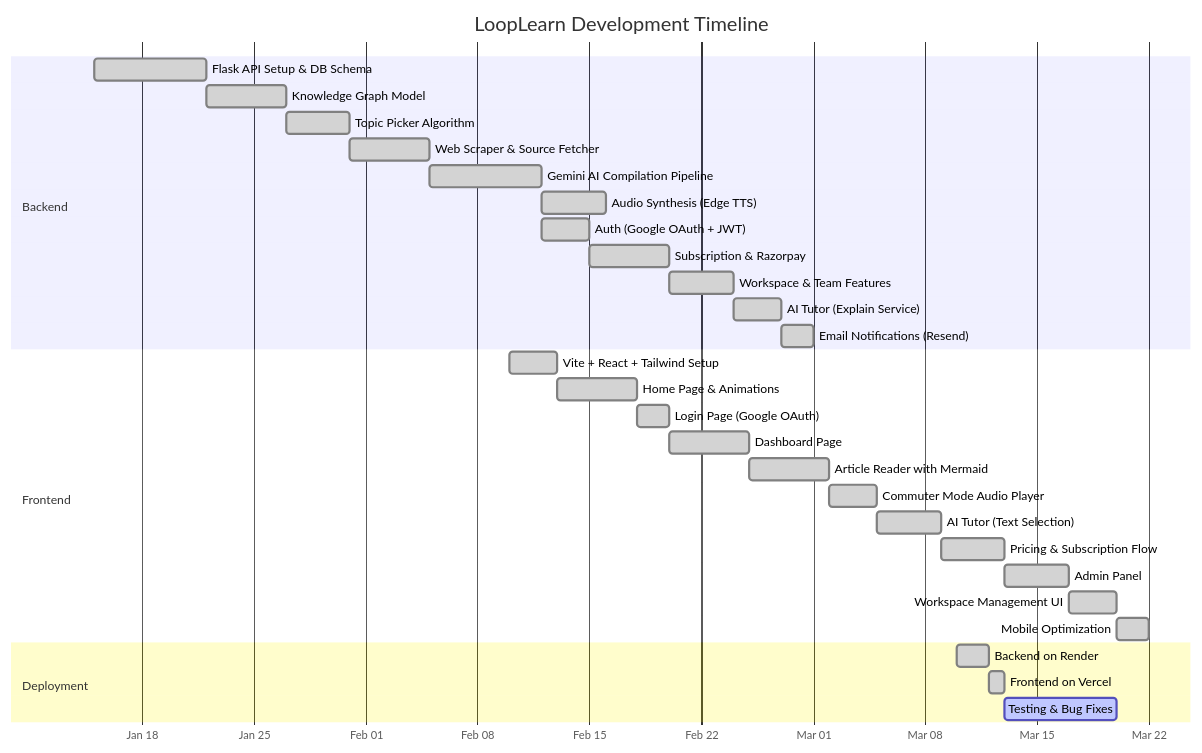
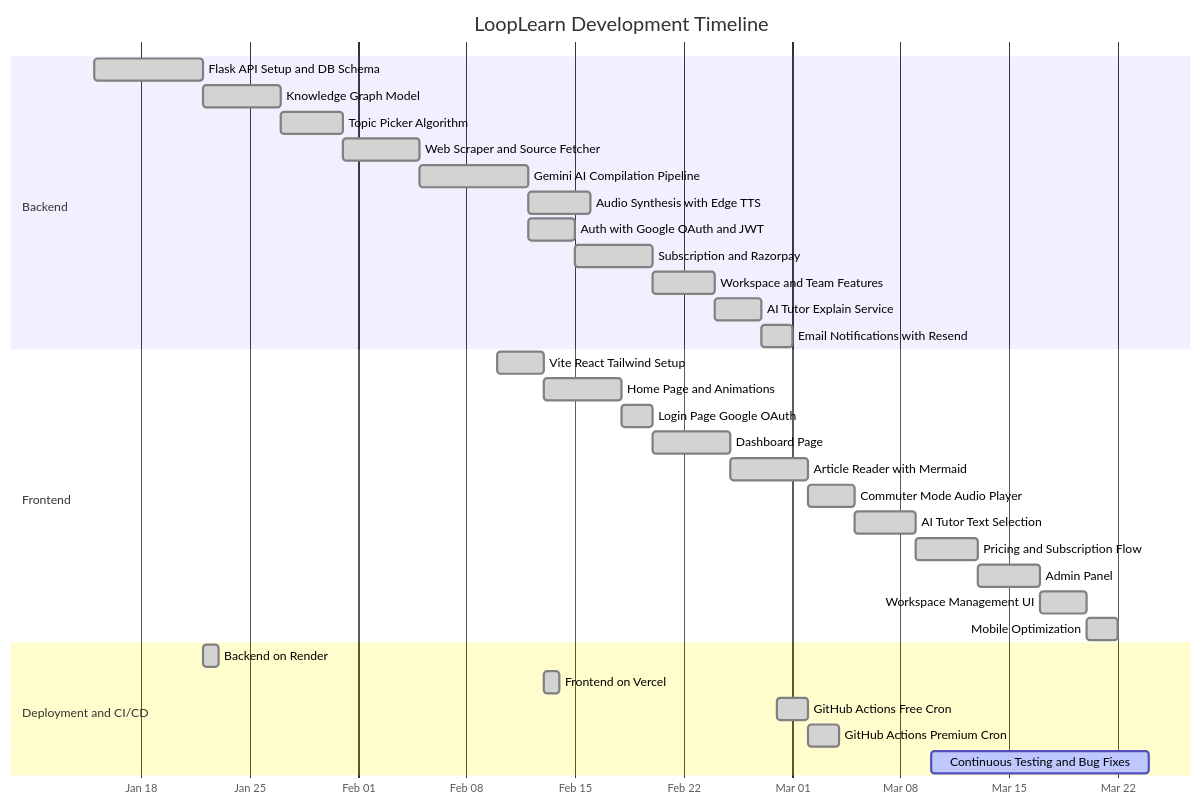
Before and after one commit to pradnyeshbhalekar/looplearn-fe: the first of 11 diagrams in frontend_blackbook.md, drawn with Mermaid. The commit also changed other lines of this file, not shown here.

````diff
--- a/frontend_blackbook.md
+++ b/frontend_blackbook.md
@@ -79,37 +85,39 @@
 ```mermaid
 gantt
     title LoopLearn Development Timeline
     dateFormat  YYYY-MM-DD
     axisFormat  %b %d
 
     section Backend
-    Flask API Setup & DB Schema        :done, b1, 2026-01-15, 7d
-    Knowledge Graph Model              :done, b2, after b1, 5d
-    Topic Picker Algorithm             :done, b3, after b2, 4d
-    Web Scraper & Source Fetcher        :done, b4, after b3, 5d
-    Gemini AI Compilation Pipeline      :done, b5, after b4, 7d
-    Audio Synthesis (Edge TTS)          :done, b6, after b5, 4d
-    Auth (Google OAuth + JWT)           :done, b7, after b5, 3d
-    Subscription & Razorpay            :done, b8, after b7, 5d
-    Workspace & Team Features          :done, b9, after b8, 4d
-    AI Tutor (Explain Service)         :done, b10, after b9, 3d
-    Email Notifications (Resend)       :done, b11, after b10, 2d
+    Flask API Setup and DB Schema        :done, b1, 2026-01-15, 7d
+    Knowledge Graph Model                :done, b2, after b1, 5d
+    Topic Picker Algorithm               :done, b3, after b2, 4d
+    Web Scraper and Source Fetcher        :done, b4, after b3, 5d
+    Gemini AI Compilation Pipeline        :done, b5, after b4, 7d
+    Audio Synthesis with Edge TTS         :done, b6, after b5, 4d
+    Auth with Google OAuth and JWT        :done, b7, after b5, 3d
+    Subscription and Razorpay            :done, b8, after b7, 5d
+    Workspace and Team Features          :done, b9, after b8, 4d
+    AI Tutor Explain Service             :done, b10, after b9, 3d
+    Email Notifications with Resend      :done, b11, after b10, 2d
 
     section Frontend
-    Vite + React + Tailwind Setup      :done, f1, 2026-02-10, 3d
-    Home Page & Animations             :done, f2, after f1, 5d
-    Login Page (Google OAuth)          :done, f3, after f2, 2d
-    Dashboard Page                     :done, f4, after f3, 5d
-    Article Reader with Mermaid        :done, f5, after f4, 5d
-    Commuter Mode Audio Player         :done, f6, after f5, 3d
-    AI Tutor (Text Selection)          :done, f7, after f6, 4d
-    Pricing & Subscription Flow        :done, f8, after f7, 4d
-    Admin Panel                        :done, f9, after f8, 4d
-    Workspace Management UI            :done, f10, after f9, 3d
-    Mobile Optimization                :done, f11, after f10, 2d
+    Vite React Tailwind Setup            :done, f1, 2026-02-10, 3d
+    Home Page and Animations             :done, f2, after f1, 5d
+    Login Page Google OAuth              :done, f3, after f2, 2d
+    Dashboard Page                       :done, f4, after f3, 5d
+    Article Reader with Mermaid          :done, f5, after f4, 5d
+    Commuter Mode Audio Player           :done, f6, after f5, 3d
+    AI Tutor Text Selection              :done, f7, after f6, 4d
+    Pricing and Subscription Flow        :done, f8, after f7, 4d
+    Admin Panel                          :done, f9, after f8, 4d
+    Workspace Management UI              :done, f10, after f9, 3d
+    Mobile Optimization                  :done, f11, after f10, 2d
 
-    section Deployment
-    Backend on Render                  :done, d1, 2026-03-10, 2d
-    Frontend on Vercel                 :done, d2, after d1, 1d
-    Testing & Bug Fixes                :active, d3, after d2, 7d
+    section Deployment and CI/CD
+    Backend on Render                    :done, d1, 2026-01-22, 1d
+    Frontend on Vercel                   :done, d2, 2026-02-13, 1d
+    GitHub Actions Free Cron             :done, d3, 2026-02-28, 2d
+    GitHub Actions Premium Cron          :done, d4, after d3, 2d
+    Continuous Testing and Bug Fixes     :active, d5, 2026-03-10, 14d
 ```
````
